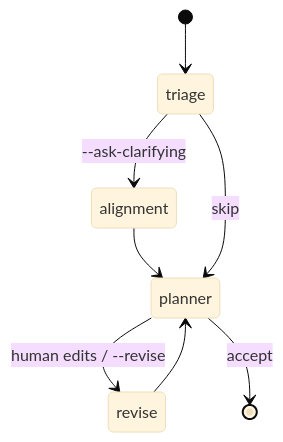
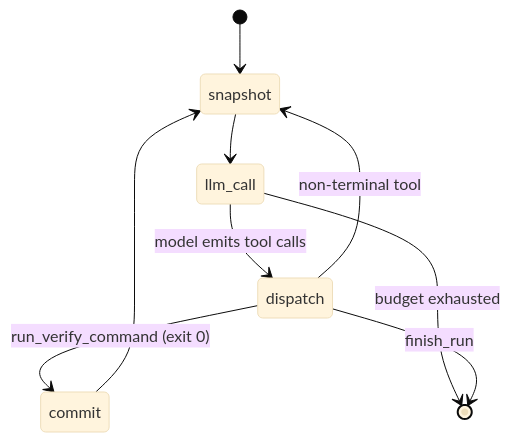
Before and after one commit to agent6-dev/agent6: the first of 4 diagrams in ARCHITECTURE.md, drawn with Mermaid (base theme). The commit also changed other lines of this file and 4 other files, not shown here.

First line of the commit message:
docs: refresh architecture, security, agent and example config

````diff
--- a/ARCHITECTURE.md
+++ b/ARCHITECTURE.md
@@ -80,10 +41,11 @@
 ```mermaid
 stateDiagram-v2
-    [*] --> triage
-    triage --> alignment: --ask-clarifying
-    alignment --> planner
-    triage --> planner: skip
-    planner --> revise: human edits / --revise
-    revise --> planner
-    planner --> [*]: accept
+    [*] --> snapshot
+    snapshot --> llm_call
+    llm_call --> dispatch: model emits tool calls
+    llm_call --> [*]: budget exhausted
+    dispatch --> snapshot: non-terminal tool
+    dispatch --> commit: run_verify_command (exit 0)
+    commit --> snapshot
+    dispatch --> [*]: finish_run
 ```
````
